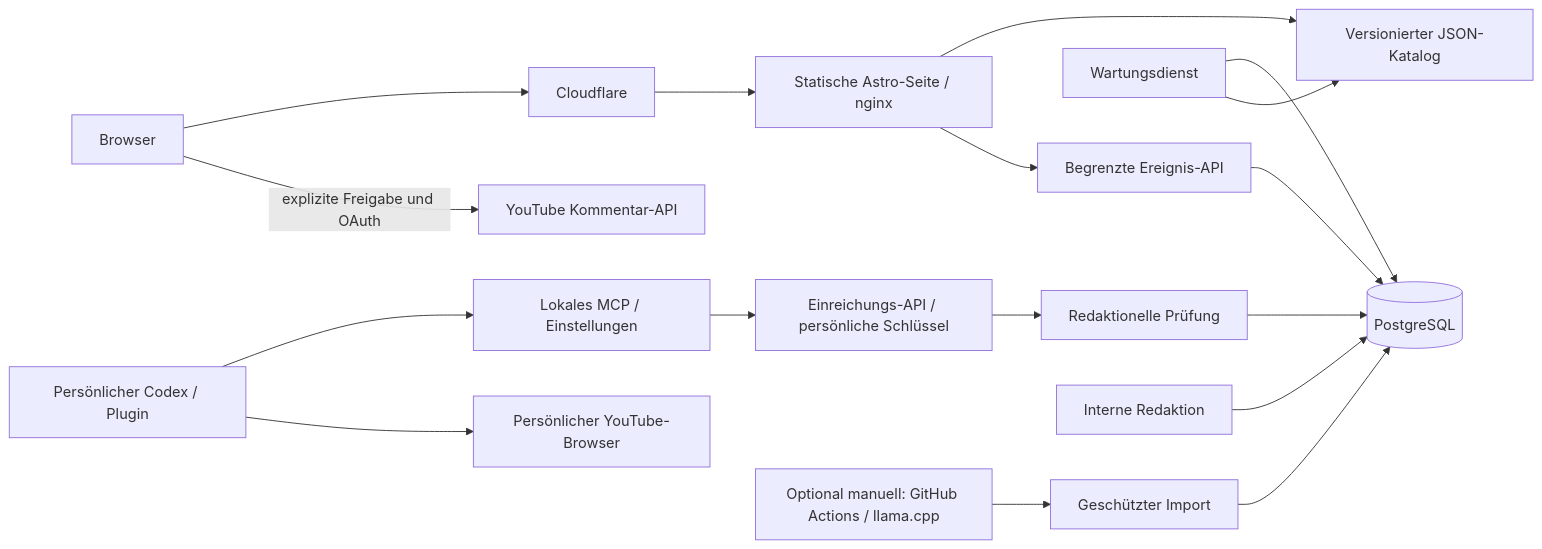
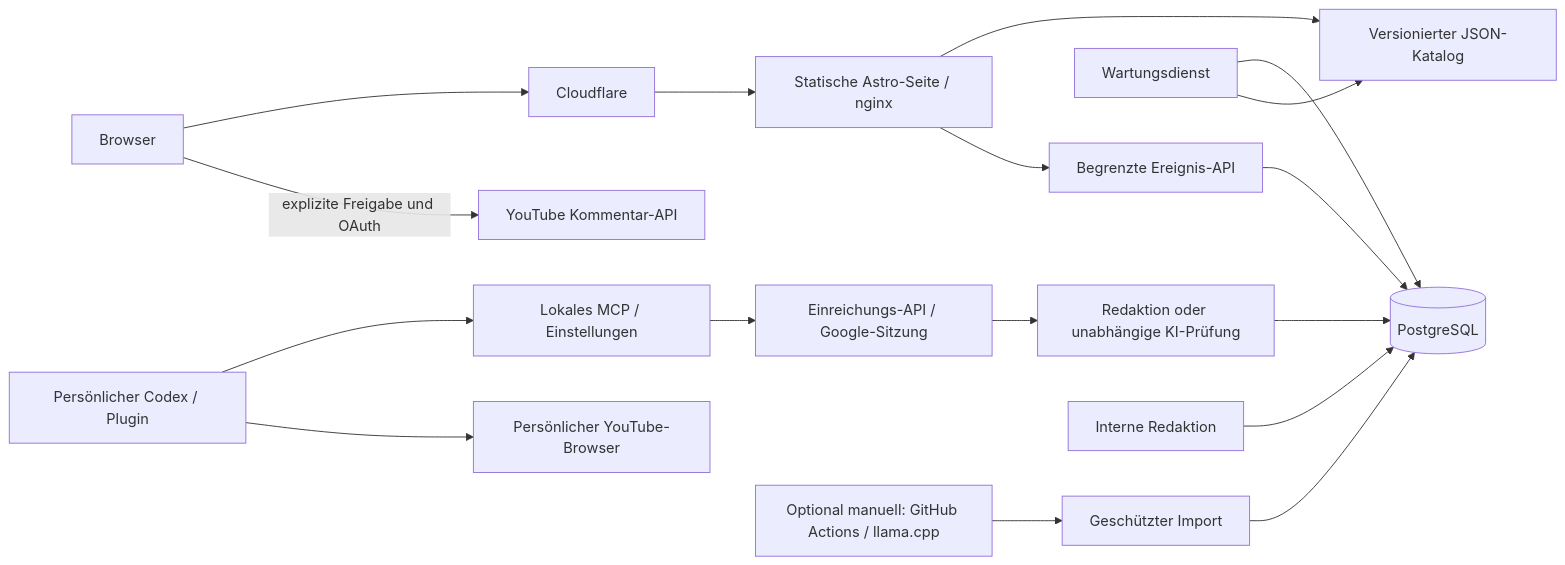
Before and after one commit to vergissberlin/hinterfragen.online: the diagram in docs/architecture.md, drawn with Mermaid. The commit also changed other lines of this file and 47 other files, not shown here.

````diff
--- a/docs/architecture.md
+++ b/docs/architecture.md
@@ -3,19 +3,19 @@
 ```mermaid
 flowchart LR
   User[Browser] --> CDN[Cloudflare]
   CDN --> Web[Statische Astro-Seite / nginx]
   Web --> Catalog[Versionierter JSON-Katalog]
   Web --> Events[Begrenzte Ereignis-API]
   Events --> DB[(PostgreSQL)]
   Worker[Wartungsdienst] --> DB
   Worker --> Catalog
   Codex[Persönlicher Codex / Plugin] --> Local[Lokales MCP / Einstellungen]
-  Local --> Contributions[Einreichungs-API / persönliche Schlüssel]
-  Contributions --> Review[Redaktionelle Prüfung]
+  Local --> Contributions[Einreichungs-API / Google-Sitzung]
+  Contributions --> Review[Redaktion oder unabhängige KI-Prüfung]
   Review --> DB
   Codex --> PersonalBrowser[Persönlicher YouTube-Browser]
   Action[Optional manuell: GitHub Actions / llama.cpp] --> Import[Geschützter Import]
   Import --> DB
   Editor[Interne Redaktion] --> DB
   User -->|explizite Freigabe und OAuth| YouTube[YouTube Kommentar-API]
 ```
````
